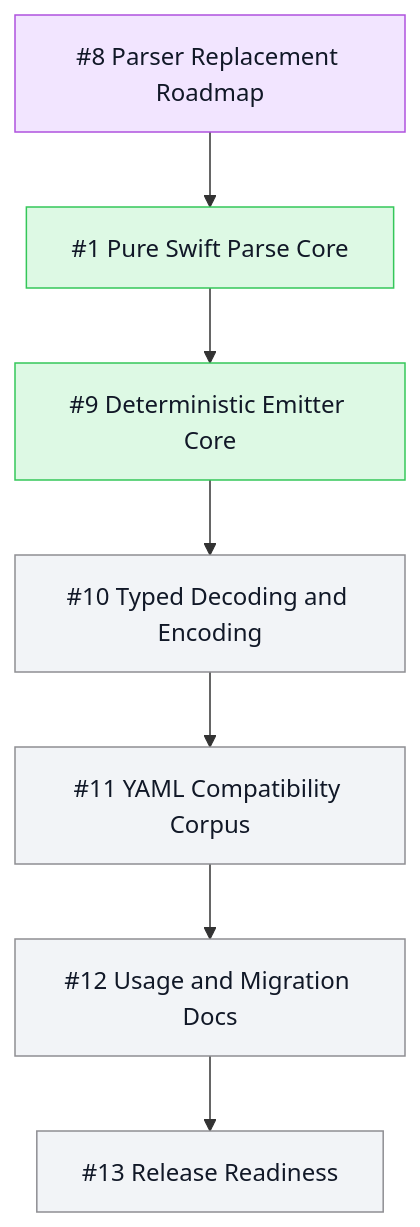
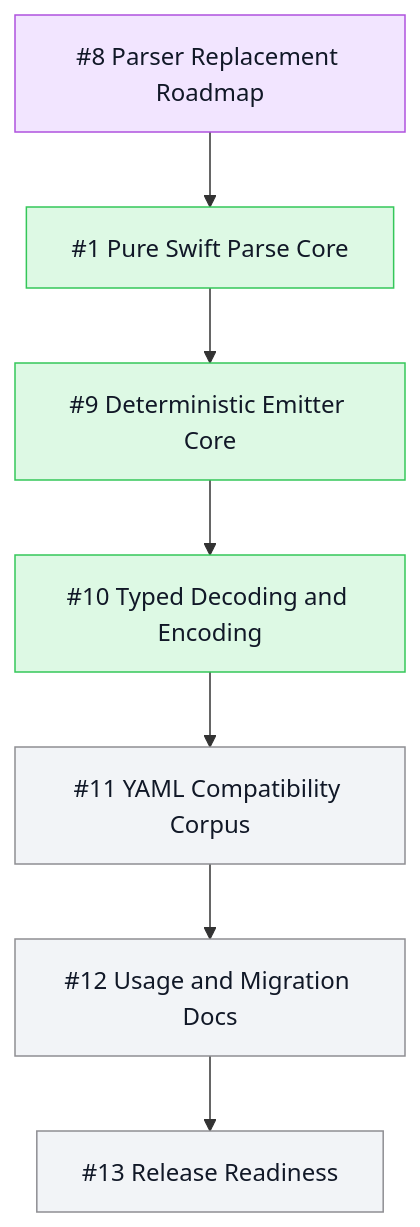
One commit to mihaelamj/PureYAML changed the second of 2 diagrams in README.md. Above: the diagram before and after it, drawn with Mermaid. The commit also changed other lines of this file and 8 other files, not shown here.

````diff
--- a/README.md
+++ b/README.md
@@ -41,20 +41,20 @@
 ```mermaid
 flowchart TB
   classDef done fill:#ddf9e4,stroke:#34c759,color:#111827
   classDef review fill:#fff7d6,stroke:#ffcc00,color:#111827
   classDef epic fill:#f2e5ff,stroke:#af52de,color:#111827
   classDef todo fill:#f2f4f7,stroke:#8e8e93,color:#111827
   SuperEpic8["#8 Parser Replacement Roadmap"]:::epic
   Epic1["#1 Pure Swift Parse Core"]:::done
   Epic9["#9 Deterministic Emitter Core"]:::done
-  Epic10["#10 Typed Decoding and Encoding"]:::todo
+  Epic10["#10 Typed Decoding and Encoding"]:::done
   Epic11["#11 YAML Compatibility Corpus"]:::todo
   Epic12["#12 Usage and Migration Docs"]:::todo
   Epic13["#13 Release Readiness"]:::todo
   SuperEpic8 --> Epic1
   Epic1 --> Epic9
   Epic9 --> Epic10
   Epic10 --> Epic11
   Epic11 --> Epic12
   Epic12 --> Epic13
 ```
````
